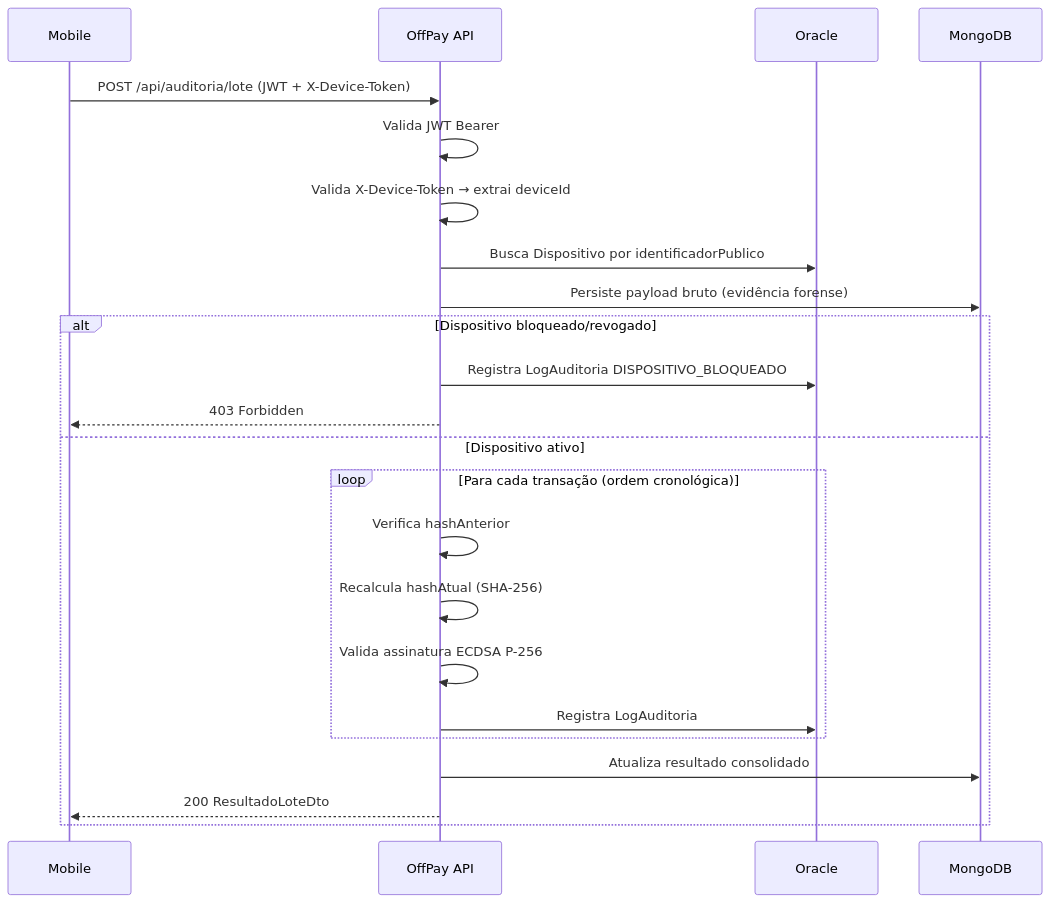
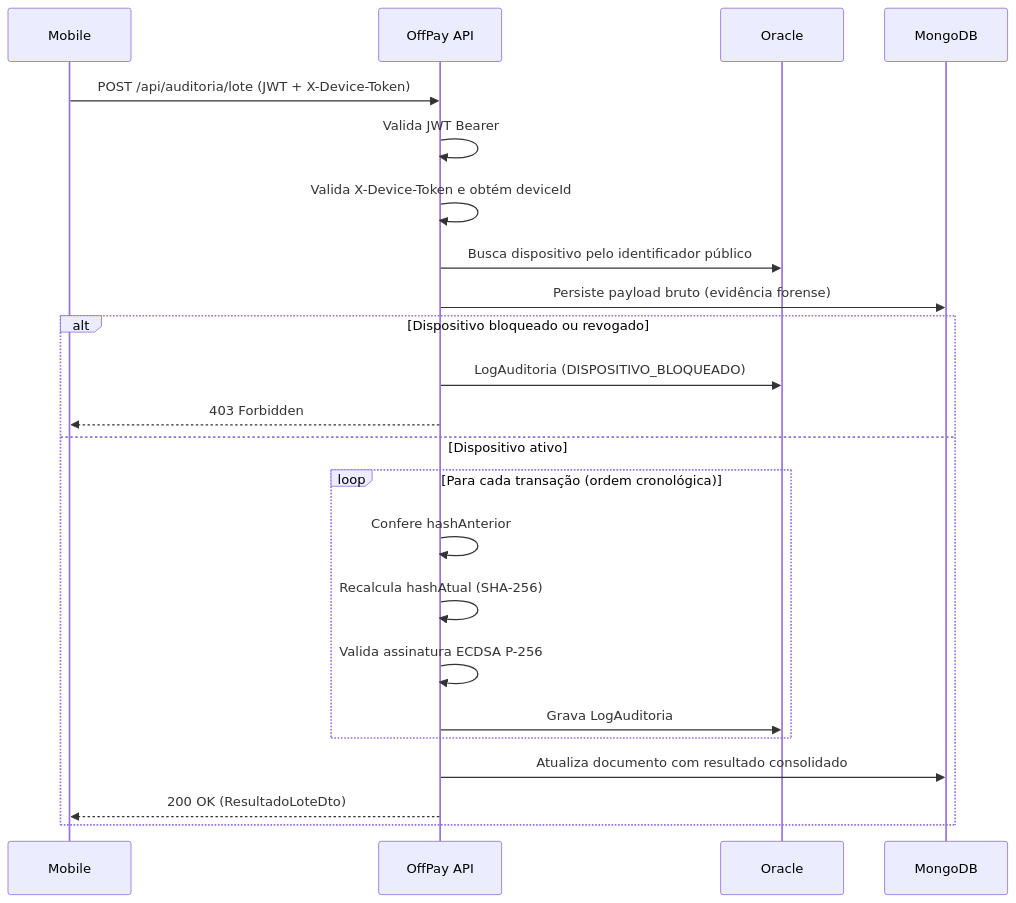
One commit to challengeoracle/global-dotnet changed the diagram in README.md. Above: the diagram before and after it, drawn with Mermaid. The commit also changed other lines of this file, not shown here.

Commit message:
docs: reescreve README do OffPay com nova estrutura e redação

````diff
--- a/README.md
+++ b/README.md
@@ -60,26 +136,27 @@
 ```mermaid
 sequenceDiagram
     participant Mobile
     participant API as OffPay API
     participant Oracle
     participant MongoDB
 
     Mobile->>API: POST /api/auditoria/lote (JWT + X-Device-Token)
     API->>API: Valida JWT Bearer
-    API->>API: Valida X-Device-Token → extrai deviceId
-    API->>Oracle: Busca Dispositivo por identificadorPublico
+    API->>API: Valida X-Device-Token e obtém deviceId
+    API->>Oracle: Busca dispositivo pelo identificador público
     API->>MongoDB: Persiste payload bruto (evidência forense)
-    alt Dispositivo bloqueado/revogado
-        API->>Oracle: Registra LogAuditoria DISPOSITIVO_BLOQUEADO
+
+    alt Dispositivo bloqueado ou revogado
+        API->>Oracle: LogAuditoria (DISPOSITIVO_BLOQUEADO)
         API-->>Mobile: 403 Forbidden
     else Dispositivo ativo
         loop Para cada transação (ordem cronológica)
-            API->>API: Verifica hashAnterior
+            API->>API: Confere hashAnterior
             API->>API: Recalcula hashAtual (SHA-256)
             API->>API: Valida assinatura ECDSA P-256
-            API->>Oracle: Registra LogAuditoria
+            API->>Oracle: Grava LogAuditoria
         end
-        API->>MongoDB: Atualiza resultado consolidado
-        API-->>Mobile: 200 ResultadoLoteDto
+        API->>MongoDB: Atualiza documento com resultado consolidado
+        API-->>Mobile: 200 OK (ResultadoLoteDto)
     end
 ```
````
